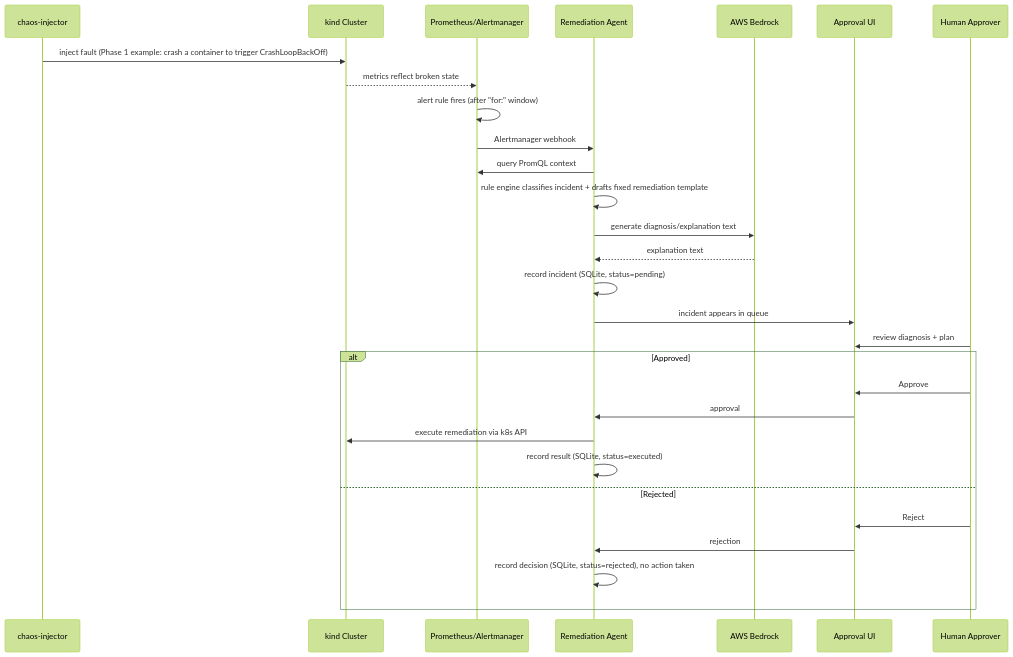
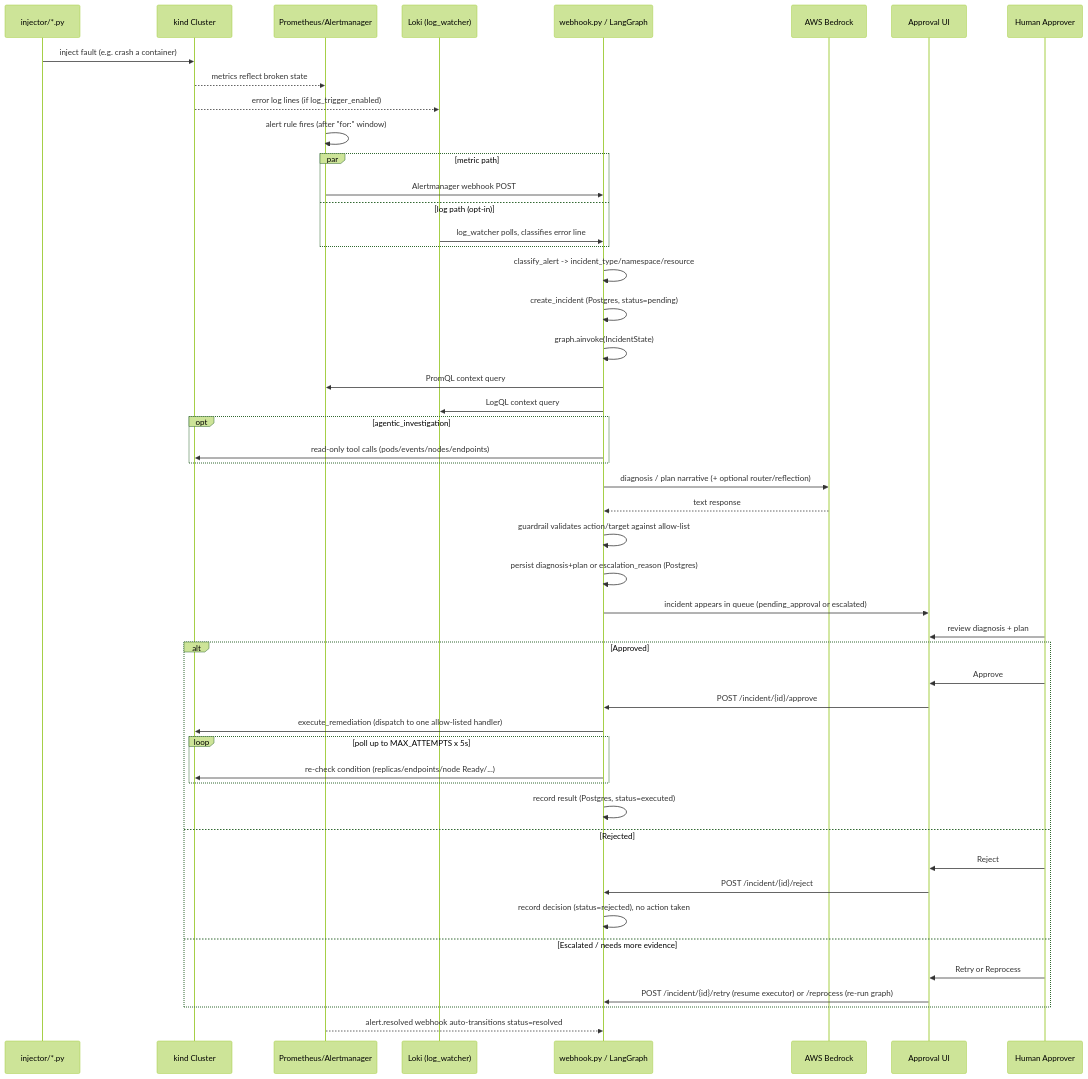
Before and after one commit to pushpesh-pant-ness/capstart: the fourth of 6 diagrams in project/diagram.md, drawn with Mermaid (forest theme). The commit also changed other lines of this file, not shown here.

Commit message:
Enhance architecture diagram and documentation for agentic AI system

````diff
--- a/project/diagram.md
+++ b/project/diagram.md
@@ -55,32 +141,52 @@
 ```mermaid
 sequenceDiagram
-    participant Inj as chaos-injector
+    participant Inj as injector/*.py
     participant K8s as kind Cluster
     participant Prom as Prometheus/Alertmanager
-    participant Agent as Remediation Agent
+    participant Loki as Loki (log_watcher)
+    participant Agent as webhook.py / LangGraph
     participant Bedrock as AWS Bedrock
     participant UI as Approval UI
     participant Human as Human Approver
 
-    Inj->>K8s: inject fault (Phase 1 example: crash a container to trigger CrashLoopBackOff)
+    Inj->>K8s: inject fault (e.g. crash a container)
     K8s-->>Prom: metrics reflect broken state
+    K8s-->>Loki: error log lines (if log_trigger_enabled)
     Prom->>Prom: alert rule fires (after "for:" window)
-    Prom->>Agent: Alertmanager webhook
-    Agent->>Prom: query PromQL context
-    Agent->>Agent: rule engine classifies incident + drafts fixed remediation template
-    Agent->>Bedrock: generate diagnosis/explanation text
-    Bedrock-->>Agent: explanation text
-    Agent->>Agent: record incident (SQLite, status=pending)
-    Agent->>UI: incident appears in queue
+    par metric path
+        Prom->>Agent: Alertmanager webhook POST
+    and log path (opt-in)
+        Loki->>Agent: log_watcher polls, classifies error line
+    end
+    Agent->>Agent: classify_alert -> incident_type/namespace/resource
+    Agent->>Agent: create_incident (Postgres, status=pending)
+    Agent->>Agent: graph.ainvoke(IncidentState)
+    Agent->>Prom: PromQL context query
+    Agent->>Loki: LogQL context query
+    opt agentic_investigation
+        Agent->>K8s: read-only tool calls (pods/events/nodes/endpoints)
+    end
+    Agent->>Bedrock: diagnosis / plan narrative (+ optional router/reflection)
+    Bedrock-->>Agent: text response
+    Agent->>Agent: guardrail validates action/target against allow-list
+    Agent->>Agent: persist diagnosis+plan or escalation_reason (Postgres)
+    Agent->>UI: incident appears in queue (pending_approval or escalated)
     Human->>UI: review diagnosis + plan
     alt Approved
         Human->>UI: Approve
-        UI->>Agent: approval
-        Agent->>K8s: execute remediation via k8s API
-        Agent->>Agent: record result (SQLite, status=executed)
+        UI->>Agent: POST /incident/{id}/approve
+        Agent->>K8s: execute_remediation (dispatch to one allow-listed handler)
+        loop poll up to MAX_ATTEMPTS x 5s
+            Agent->>K8s: re-check condition (replicas/endpoints/node Ready/...)
+        end
+        Agent->>Agent: record result (Postgres, status=executed)
     else Rejected
         Human->>UI: Reject
-        UI->>Agent: rejection
-        Agent->>Agent: record decision (SQLite, status=rejected), no action taken
+        UI->>Agent: POST /incident/{id}/reject
+        Agent->>Agent: record decision (status=rejected), no action taken
+    else Escalated / needs more evidence
+        Human->>UI: Retry or Reprocess
+        UI->>Agent: POST /incident/{id}/retry (resume executor) or /reprocess (re-run graph)
     end
+    Prom-->>Agent: alert.resolved webhook auto-transitions status=resolved
 ```
````
